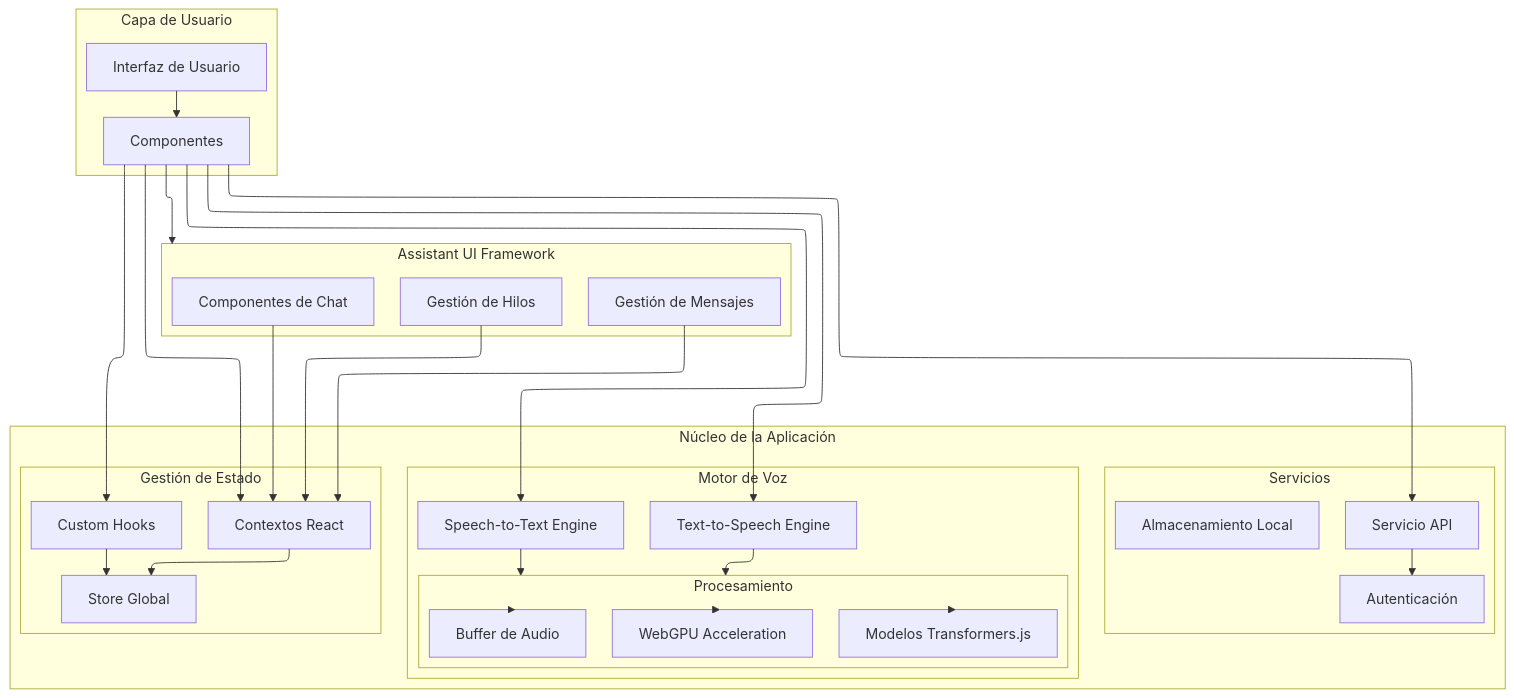
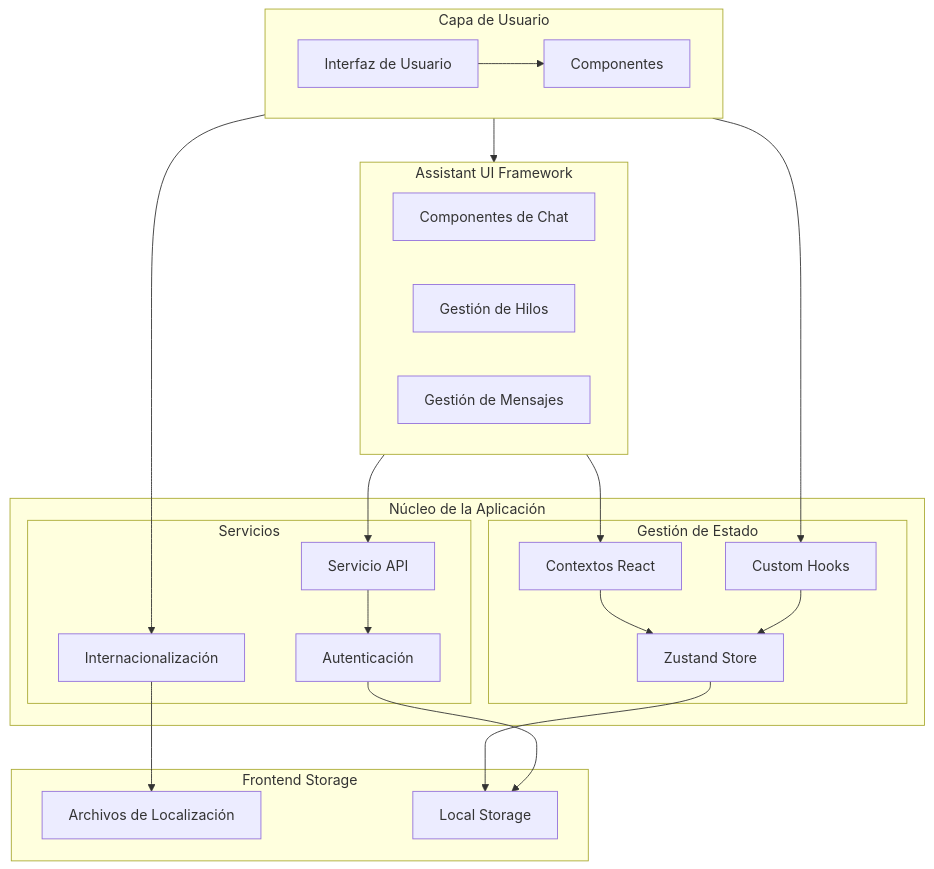
One commit to EmaSuriano/language-learning-paper changed the diagram in figuras/raw/frontend.mmd. Above: the diagram before and after it, drawn with Mermaid. The commit also changed 23 other files, not shown here.

```diff
--- a/figuras/raw/frontend.mmd
+++ b/figuras/raw/frontend.mmd
@@ -1,72 +1,51 @@
 ---
 config:
   look: classic
-  layout: elk
-  theme: mc
 ---
 flowchart TB
-    subgraph User["Capa de Usuario"]
+ subgraph User["Capa de Usuario"]
         UI["Interfaz de Usuario"]
         Components["Componentes"]
-    end
-
-    subgraph AssistantUI["Assistant UI Framework"]
+  end
+ subgraph AssistantUI["Assistant UI Framework"]
         Chat["Componentes de Chat"]
         Thread["Gestión de Hilos"]
         Messages["Gestión de Mensajes"]
-    end
-
-    subgraph Core["Núcleo de la Aplicación"]
-        subgraph State["Gestión de Estado"]
-            Context["Contextos React"]
-            Hooks["Custom Hooks"]
-            Store["Store Global"]
-        end
-
-        subgraph Services["Servicios"]
-            API_Service["Servicio API"]
-            Auth["Autenticación"]
-            Storage["Almacenamiento Local"]
-        end
-
-        subgraph Voice["Motor de Voz"]
-            STT["Speech-to-Text Engine"]
-            TTS["Text-to-Speech Engine"]
-            subgraph Processing["Procesamiento"]
-                WebGPU["WebGPU Acceleration"]
-                Models["Modelos Transformers.js"]
-                Buffer["Buffer de Audio"]
-            end
-        end
-    end
-
-
+  end
+ subgraph State["Gestión de Estado"]
+        Context["Contextos React"]
+        Hooks["Custom Hooks"]
+        Zustand["Zustand Store"]
+  end
+ subgraph Services["Servicios"]
+        API_Service["Servicio API"]
+        Auth["Autenticación"]
+        I18N["Internacionalización"]
+  end
+ subgraph Core["Núcleo de la Aplicación"]
+        State
+        Services
+  end
+ subgraph FEStorage["Frontend Storage"]
+        Locales["Archivos de Localización"]
+        LocalStorage["Local Storage"]
+  end
     UI --> Components
-    Components --> AssistantUI
-    
-    Chat --> Context
-    Thread --> Context
-    Messages --> Context
-    
-    Components --> Context
-    Components --> Hooks
-    
-    Context --> Store
-    Hooks --> Store
-    
-    Components --> API_Service
+    Context --> Zustand
+    Hooks --> Zustand
+    Zustand --> LocalStorage
     API_Service --> Auth
-    
-    Components --> STT
-    Components --> TTS
-    STT --> Processing
-    TTS --> Processing
-    
-    Processing --> WebGPU
-    Processing --> Models
-    Processing --> Buffer
-    
-
-    class Chat,Thread,Messages,AssistantUI assistantUI;
-    class Context,Hooks,Store state;
-    class STT,TTS,WebGPU,Models,Buffer,Processing voice;
+    Auth --> LocalStorage
+    I18N --> Locales
+    User --> I18N & Hooks & AssistantUI
+    AssistantUI --> Context
+    AssistantUI --> API_Service
+     Chat:::assistantUI
+     Thread:::assistantUI
+     Messages:::assistantUI
+     Context:::state
+     Hooks:::state
+     Zustand:::state
+     Locales:::storage
+     LocalStorage:::storage
+     AssistantUI:::assistantUI
```
